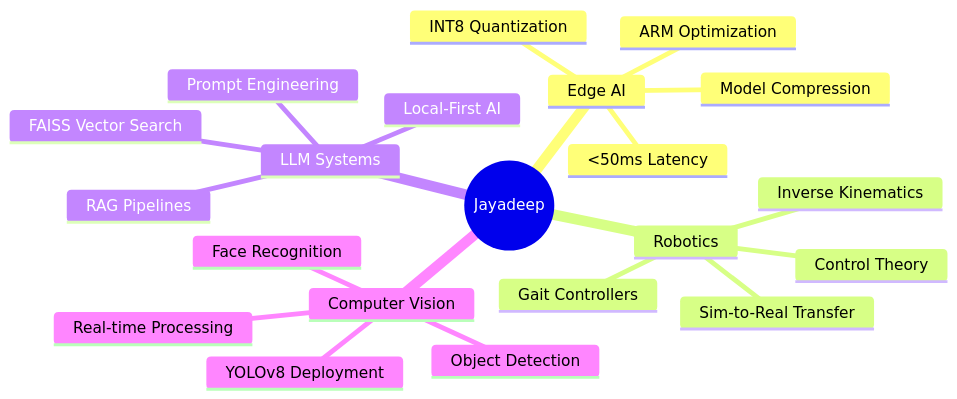
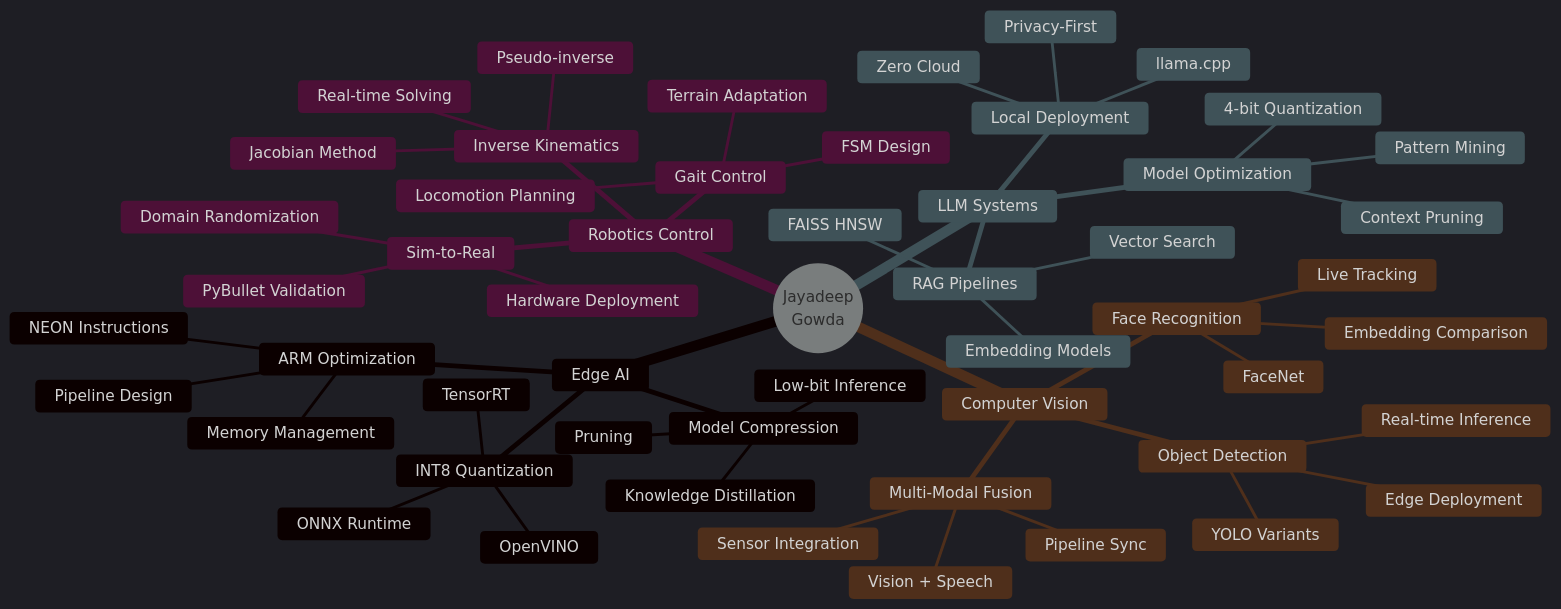
Before and after one commit to jay7-tech/jay7-tech: the second of 2 diagrams in README.md, drawn with Mermaid. The commit also changed other lines of this file, not shown here.

````diff
--- a/README.md
+++ b/README.md
@@ -215,24 +361,57 @@
 ```mermaid
+%%{init: {'theme':'dark'}}%%
 mindmap
-  root((Jayadeep))
+  root((Jayadeep<br/>Gowda))
     Edge AI
       INT8 Quantization
+        OpenVINO
+        ONNX Runtime
+        TensorRT
       ARM Optimization
+        NEON Instructions
+        Memory Management
+        Pipeline Design
       Model Compression
-      <50ms Latency
-    Robotics
+        Pruning
+        Knowledge Distillation
+        Low-bit Inference
+    Robotics Control
       Inverse Kinematics
-      Gait Controllers
-      Sim-to-Real Transfer
-      Control Theory
+        Jacobian Method
+        Pseudo-inverse
+        Real-time Solving
+      Gait Control
+        FSM Design
+        Locomotion Planning
+        Terrain Adaptation
+      Sim-to-Real
+        PyBullet Validation
+        Domain Randomization
+        Hardware Deployment
     LLM Systems
       RAG Pipelines
-      FAISS Vector Search
-      Prompt Engineering
-      Local-First AI
+        FAISS HNSW
+        Vector Search
+        Embedding Models
+      Model Optimization
+        4-bit Quantization
+        Context Pruning
+        Pattern Mining
+      Local Deployment
+        llama.cpp
+        Privacy-First
+        Zero Cloud
     Computer Vision
-      YOLOv8 Deployment
-      Real-time Processing
       Object Detection
+        YOLO Variants
+        Real-time Inference
+        Edge Deployment
       Face Recognition
+        FaceNet
+        Embedding Comparison
+        Live Tracking
+      Multi-Modal Fusion
+        Vision + Speech
+        Sensor Integration
+        Pipeline Sync
 ```
````
